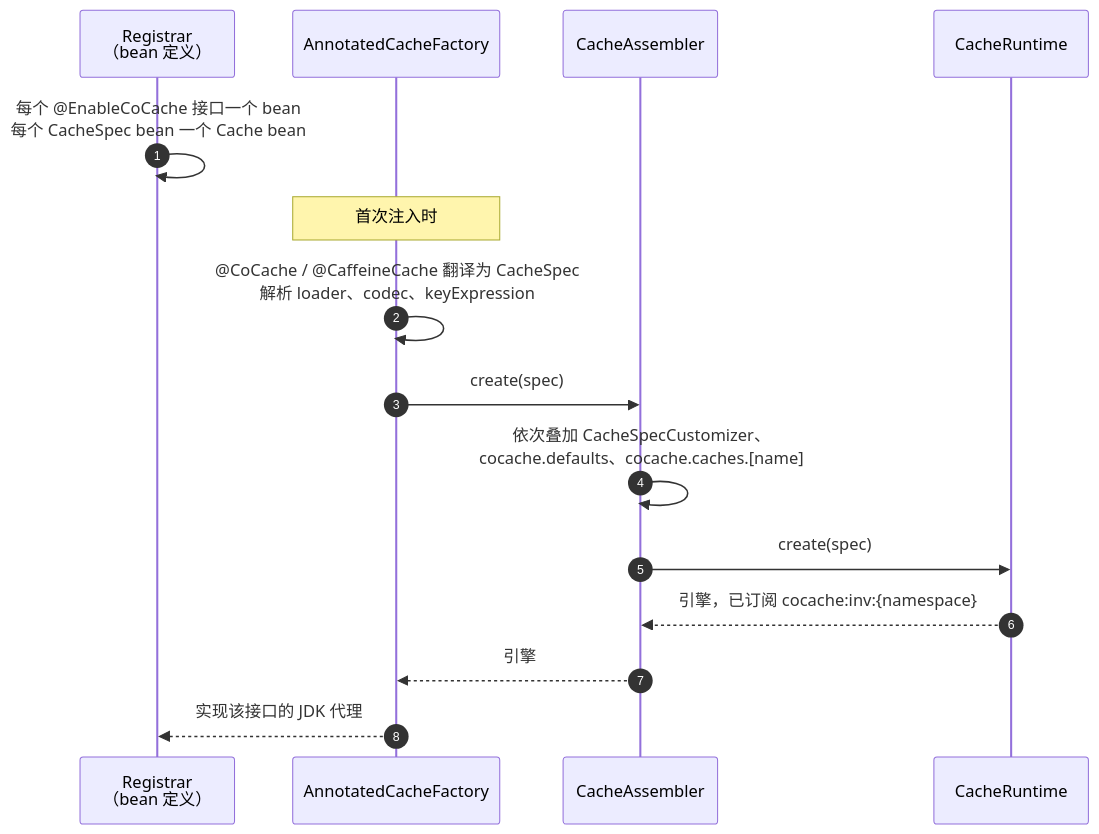
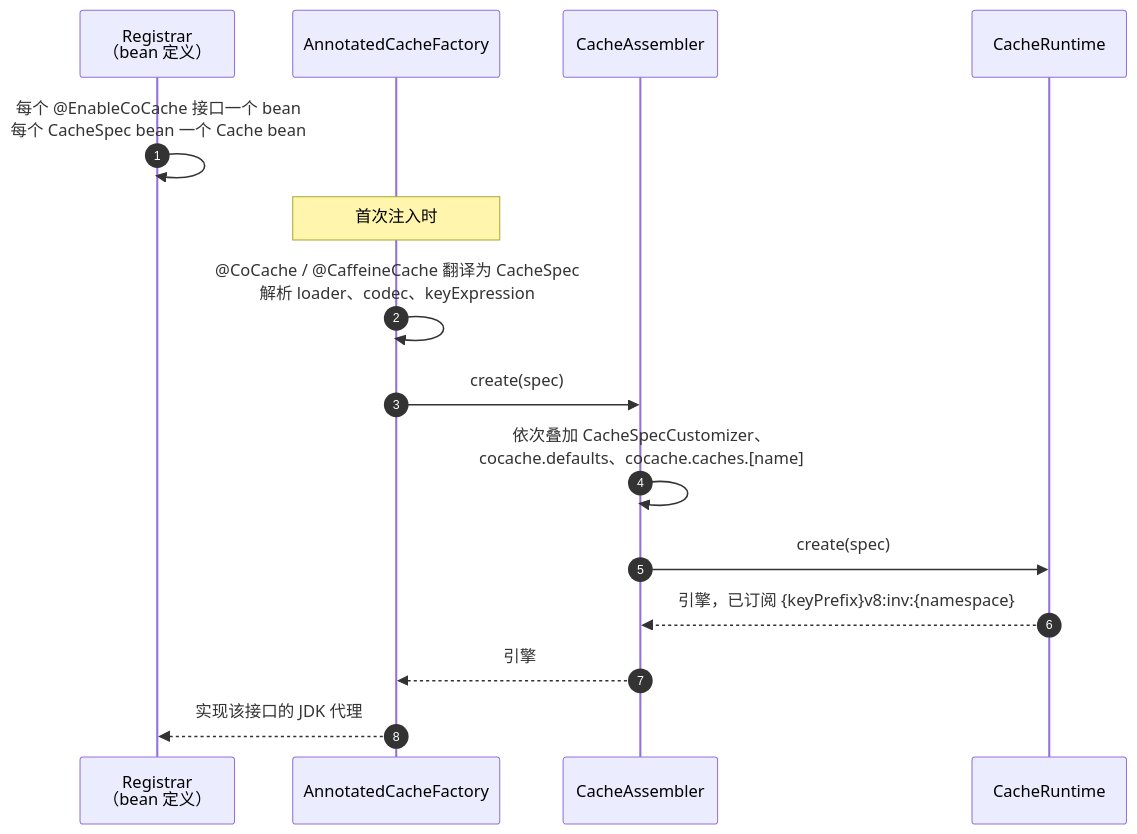
The second of 2 diagrams in wiki/zh/architecture/index.md (Ahoo-Wang/CoCache), drawn with Mermaid before and after one commit. The commit also changed other lines of this file and 106 other files, not shown here.

First line of the commit message:
feat!: v8 key layout, prefixed channels and namespace charset

````diff
--- a/wiki/zh/architecture/index.md
+++ b/wiki/zh/architecture/index.md
@@ -97,17 +97,17 @@
 ```mermaid
 sequenceDiagram
     autonumber
     participant Reg as Registrar<br>（bean 定义）
     participant Fac as AnnotatedCacheFactory
     participant Asm as CacheAssembler
     participant RT as CacheRuntime
     Reg->>Reg: 每个 @EnableCoCache 接口一个 bean<br>每个 CacheSpec bean 一个 Cache bean
     Note over Fac: 首次注入时
     Fac->>Fac: @CoCache / @CaffeineCache 翻译为 CacheSpec<br>解析 loader、codec、keyExpression
     Fac->>Asm: create(spec)
     Asm->>Asm: 依次叠加 CacheSpecCustomizer、<br>cocache.defaults、cocache.caches.[name]
     Asm->>RT: create(spec)
-    RT-->>Asm: 引擎，已订阅 cocache:inv:{namespace}
+    RT-->>Asm: 引擎，已订阅 {keyPrefix}v8:inv:{namespace}
     Asm-->>Fac: 引擎
     Fac-->>Reg: 实现该接口的 JDK 代理
 ```
````
